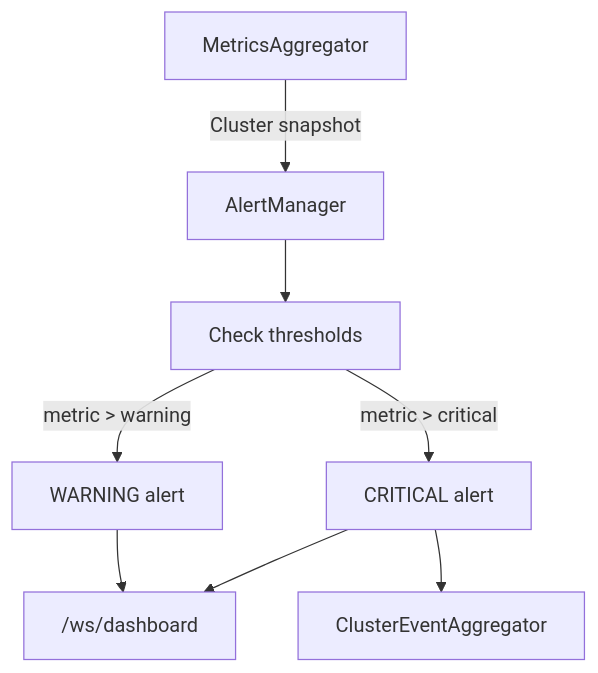
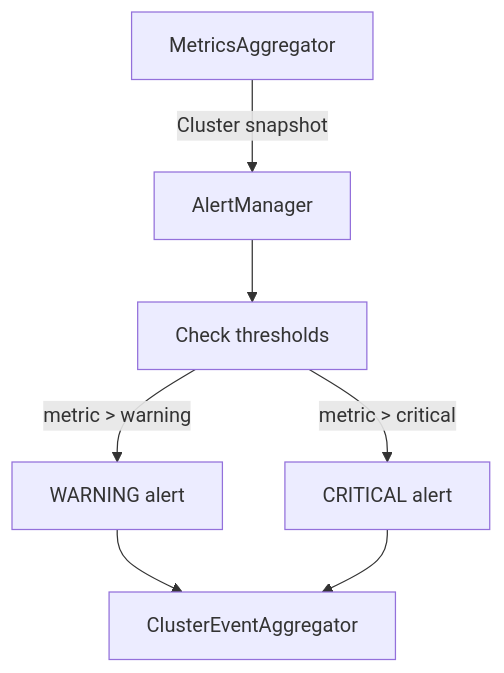
Before and after one commit to pragmaticalabs/pragmatica: the fourth of 4 diagrams in aether/docs/architecture/07-observability.md, drawn with Mermaid. The commit also changed other lines of this file and 141 other files, not shown here.

````diff
--- a/aether/docs/architecture/07-observability.md
+++ b/aether/docs/architecture/07-observability.md
@@ -129,13 +129,12 @@
 ```mermaid
 graph TB
     MAG["MetricsAggregator"] -->|"Cluster snapshot"| AM["AlertManager"]
 
     AM --> Check["Check thresholds"]
 
     Check -->|"metric > warning"| Warning["WARNING alert"]
     Check -->|"metric > critical"| Critical["CRITICAL alert"]
 
-    Warning --> WS["/ws/dashboard"]
-    Critical --> WS
-    Critical --> Events["ClusterEventAggregator"]
+    Warning --> Events["ClusterEventAggregator"]
+    Critical --> Events
 ```
````
